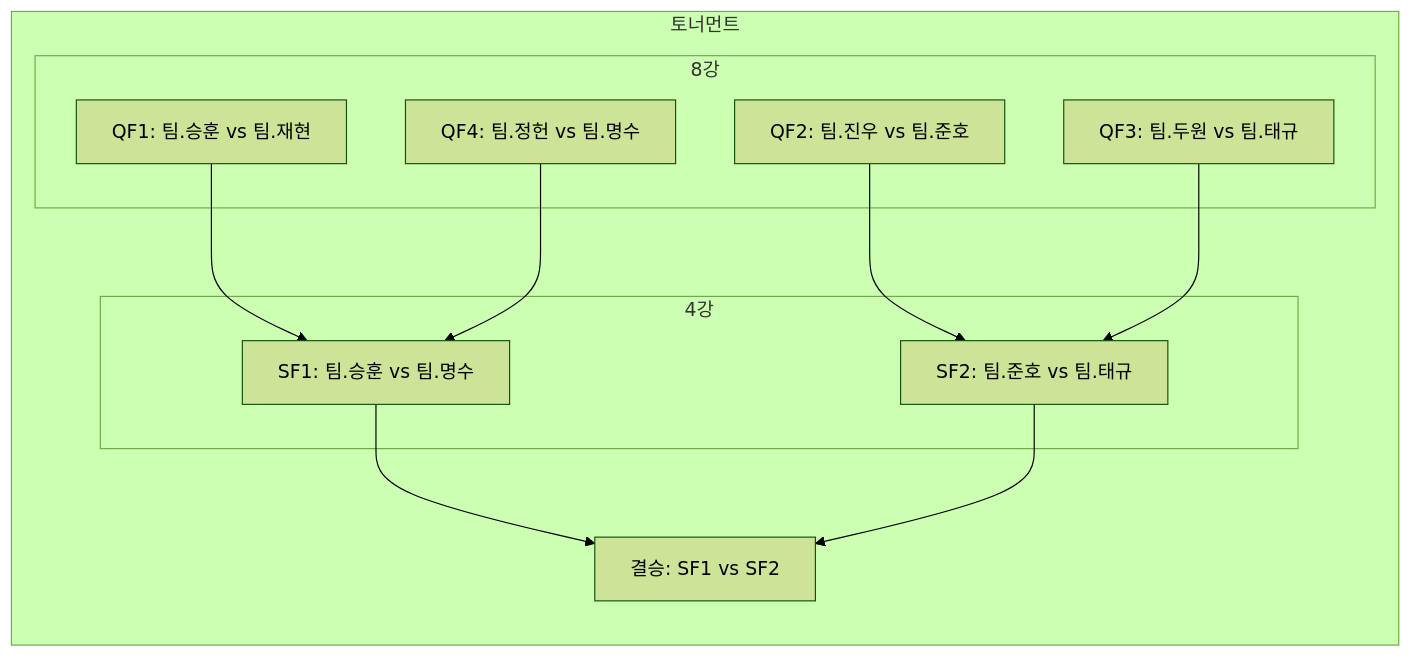
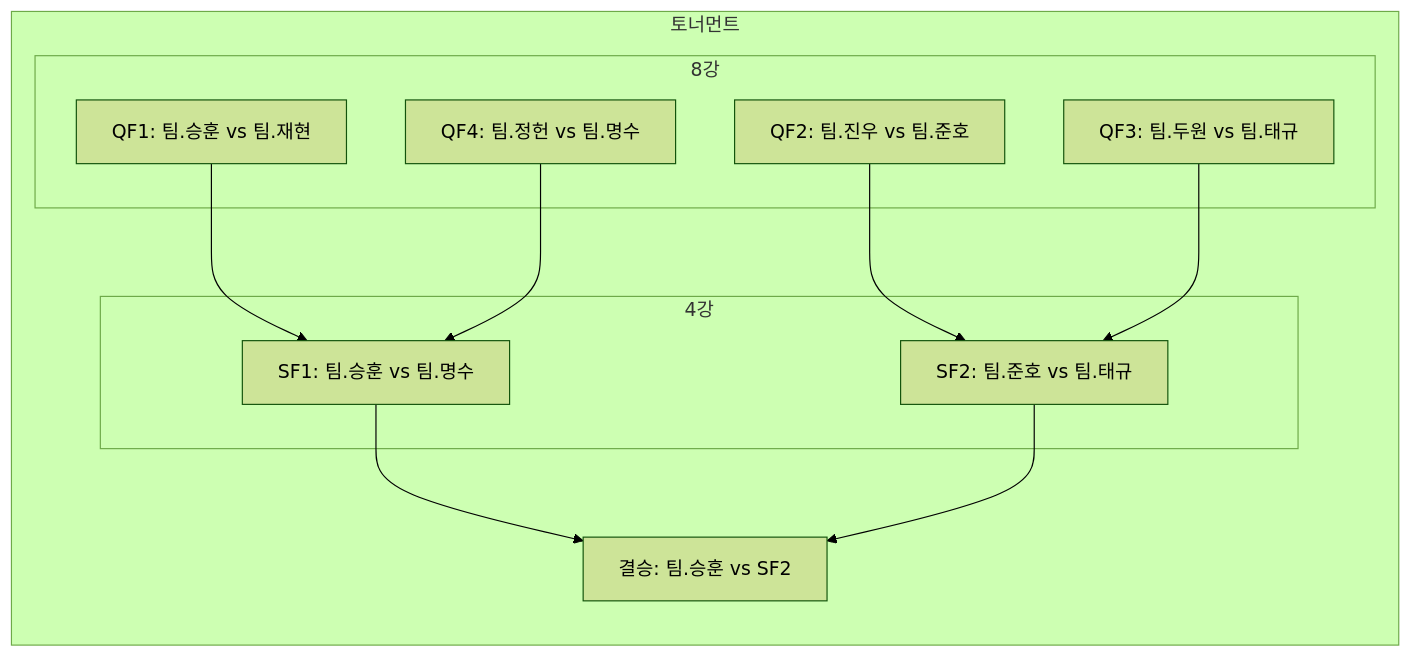
Before and after one commit to winteruss/3-8-Brawlstars-Tournament: the third of 3 diagrams in 브롤대회.md, drawn with Mermaid (forest theme).

````diff
--- a/브롤대회.md
+++ b/브롤대회.md
@@ -100,25 +100,25 @@
 ```mermaid
 flowchart TB
 %% 토너먼트
   subgraph KO["토너먼트"]
     direction TB
     subgraph QF["8강"]
       QF1["QF1: 팀.승훈 vs 팀.재현"]
       QF2["QF2: 팀.진우 vs 팀.준호"]
       QF3["QF3: 팀.두원 vs 팀.태규"]
       QF4["QF4: 팀.정헌 vs 팀.명수"]
     end
     subgraph SF["4강"]
       SF1["SF1: 팀.승훈 vs 팀.명수"]
       SF2["SF2: 팀.준호 vs 팀.태규"]
     end
-    Final["결승: SF1 vs SF2"]
+    Final["결승: 팀.승훈 vs SF2"]
   end
   %% 화살표 연결
   QF1 --> SF1
   QF4 --> SF1
   QF2 --> SF2
   QF3 --> SF2
   SF1 --> Final
   SF2 --> Final
 ```
````
